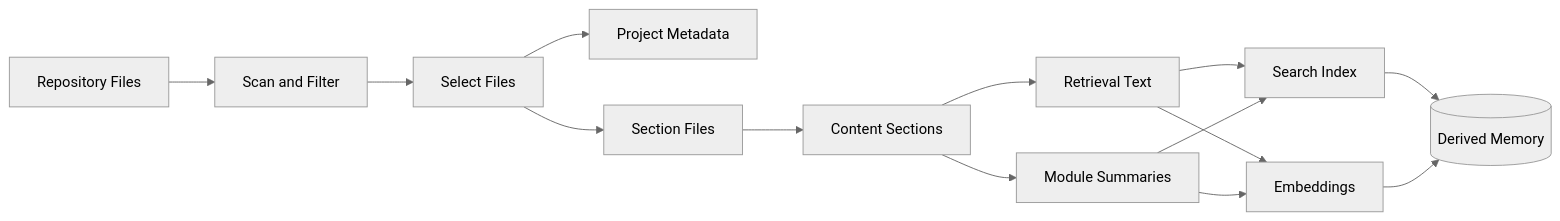
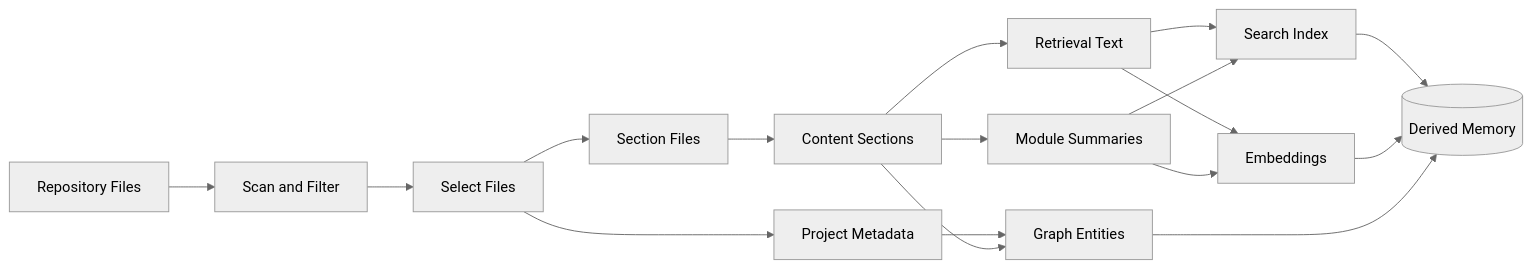
Before and after one commit to konteks/cli: the diagram in docs/core-concepts/extraction.md, drawn with Mermaid (neutral theme). The commit also changed other lines of this file and 12 other files, not shown here.

First line of the commit message:
Enhance graph-based memory and recall capabilities

````diff
--- a/docs/core-concepts/extraction.md
+++ b/docs/core-concepts/extraction.md
@@ -7,16 +7,19 @@
 ```mermaid
 graph LR
     Source[Repository Files] --> Scan[Scan and Filter]
     Scan --> Select[Select Files]
     Select --> Metadata[Project Metadata]
     Select --> Section[Section Files]
     Section --> Sections[Content Sections]
     Sections --> Retrieval[Retrieval Text]
     Retrieval --> Index[Search Index]
     Retrieval --> Embed[Embeddings]
     Sections --> Modules[Module Summaries]
     Modules --> Index
     Modules --> Embed
+    Metadata --> Graph[Graph Entities]
+    Sections --> Graph
     Index --> Memory[(Derived Memory)]
     Embed --> Memory
+    Graph --> Memory
 ```
````
